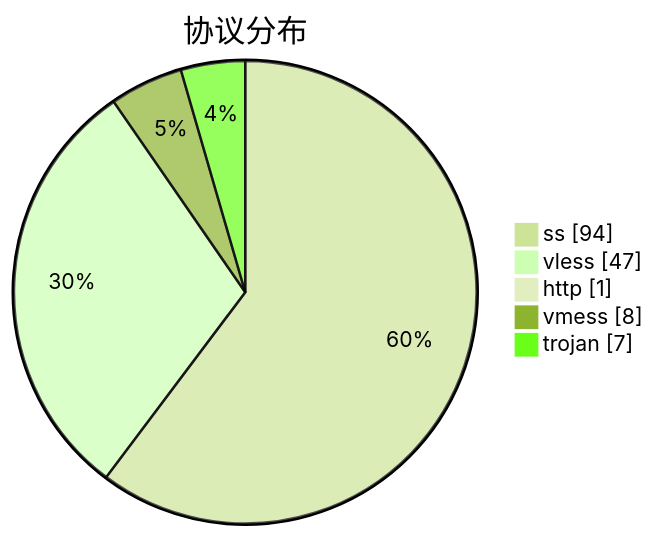
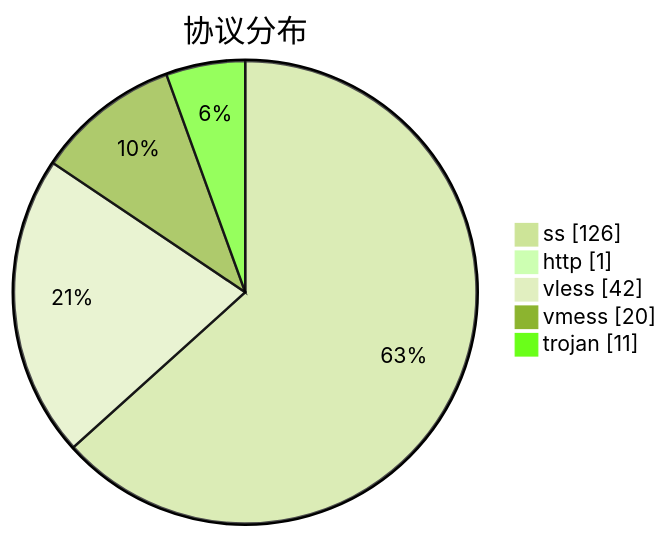
Before and after one commit to qjlxg/airport: the third of 3 diagrams in subs/statistics/tested_within.md, drawn with Mermaid (forest theme). The commit also changed other lines of this file and 2 other files, not shown here.

````diff
--- a/subs/statistics/tested_within.md
+++ b/subs/statistics/tested_within.md
@@ -29,9 +27,9 @@
 ```mermaid
 pie showData
 title 协议分布
-"ss" : 94
-"vless" : 47
+"ss" : 126
 "http" : 1
-"vmess" : 8
-"trojan" : 7
+"vless" : 42
+"vmess" : 20
+"trojan" : 11
 ```
````
